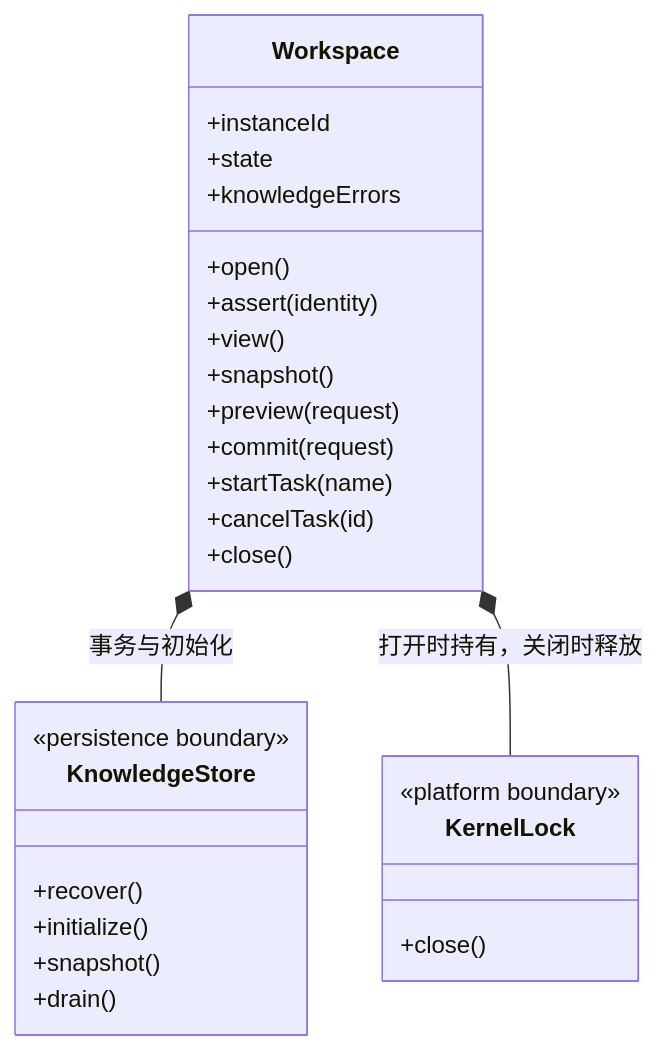
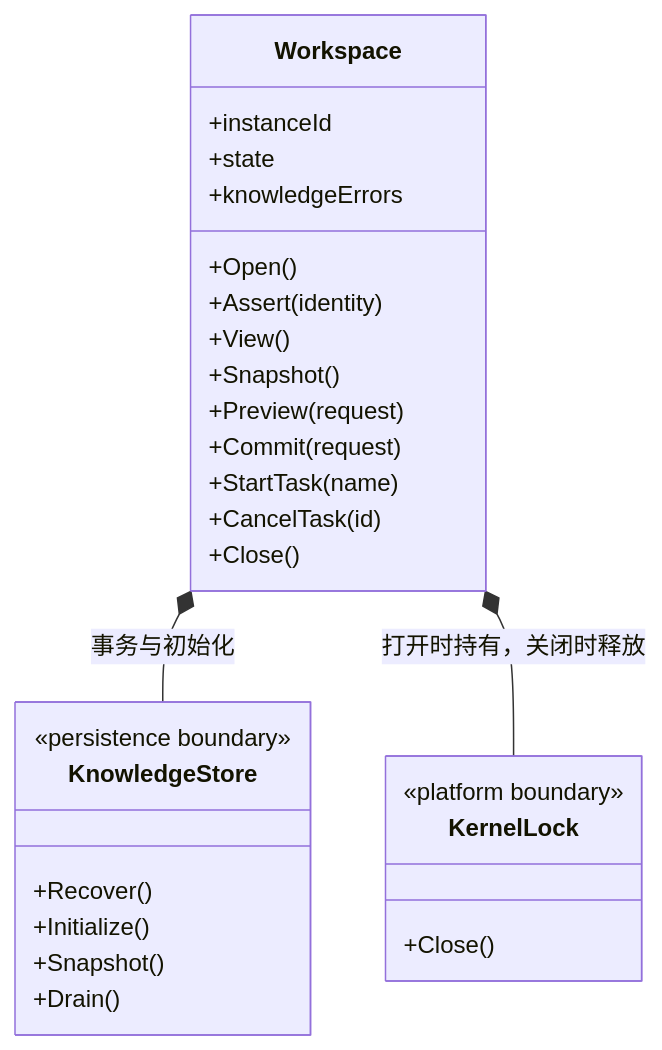
One commit to nan023062/cbim changed the first of 12 diagrams in src/logic/workspace/service/ARCHITECTURE.md. Above: the diagram before and after it, drawn with Mermaid. The commit also changed other lines of this file and 112 other files, not shown here.

Commit message:
docs: align source architecture with current declarations and contracts

````diff
--- a/src/logic/workspace/service/ARCHITECTURE.md
+++ b/src/logic/workspace/service/ARCHITECTURE.md
@@ -39,30 +39,30 @@
 ```mermaid
 classDiagram
 class Workspace {
   +instanceId
   +state
   +knowledgeErrors
-  +open()
-  +assert(identity)
-  +view()
-  +snapshot()
-  +preview(request)
-  +commit(request)
-  +startTask(name)
-  +cancelTask(id)
-  +close()
+  +Open()
+  +Assert(identity)
+  +View()
+  +Snapshot()
+  +Preview(request)
+  +Commit(request)
+  +StartTask(name)
+  +CancelTask(id)
+  +Close()
 }
 class KnowledgeStore {
   <<persistence boundary>>
-  +recover()
-  +initialize()
-  +snapshot()
-  +drain()
+  +Recover()
+  +Initialize()
+  +Snapshot()
+  +Drain()
 }
 class KernelLock {
   <<platform boundary>>
-  +close()
+  +Close()
 }
 Workspace *-- KnowledgeStore : 事务与初始化
 Workspace *-- KernelLock : 打开时持有，关闭时释放
 ```
````
